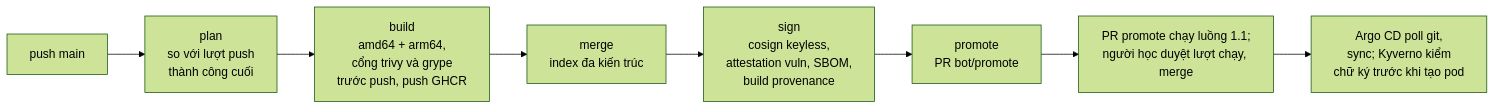
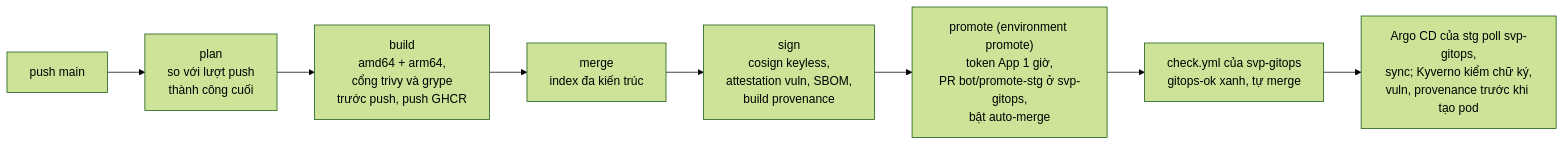
Before and after one commit to anhnvcoder/short-video-platform: the second of 5 diagrams in docs/ci-cd.md, drawn with Mermaid (forest theme). The commit also changed other lines of this file and 22 other files, not shown here.

First line of the commit message:
docs: tài liệu sau khi tách svp-gitops và kết quả kiểm chứng của phần 4 (giai đoạn 6b)

````diff
--- a/docs/ci-cd.md
+++ b/docs/ci-cd.md
@@ -64,12 +68,12 @@
 ```mermaid
 flowchart LR
     push["push main"]
     plan["plan<br/>so với lượt push<br/>thành công cuối"]
     build["build<br/>amd64 + arm64,<br/>cổng trivy và grype<br/>trước push, push GHCR"]
     merge["merge<br/>index đa kiến trúc"]
     sign["sign<br/>cosign keyless,<br/>attestation vuln, SBOM,<br/>build provenance"]
-    promote["promote<br/>PR bot/promote"]
-    review["PR promote chạy luồng 1.1;<br/>người học duyệt lượt chạy, merge"]
-    argo["Argo CD poll git,<br/>sync; Kyverno kiểm<br/>chữ ký trước khi tạo pod"]
+    promote["promote (environment promote)<br/>token App 1 giờ,<br/>PR bot/promote-stg ở svp-gitops,<br/>bật auto-merge"]
+    review["check.yml của svp-gitops<br/>gitops-ok xanh, tự merge"]
+    argo["Argo CD của stg poll svp-gitops,<br/>sync; Kyverno kiểm chữ ký,<br/>vuln, provenance trước khi tạo pod"]
     push --> plan --> build --> merge --> sign --> promote --> review --> argo
 ```
````
